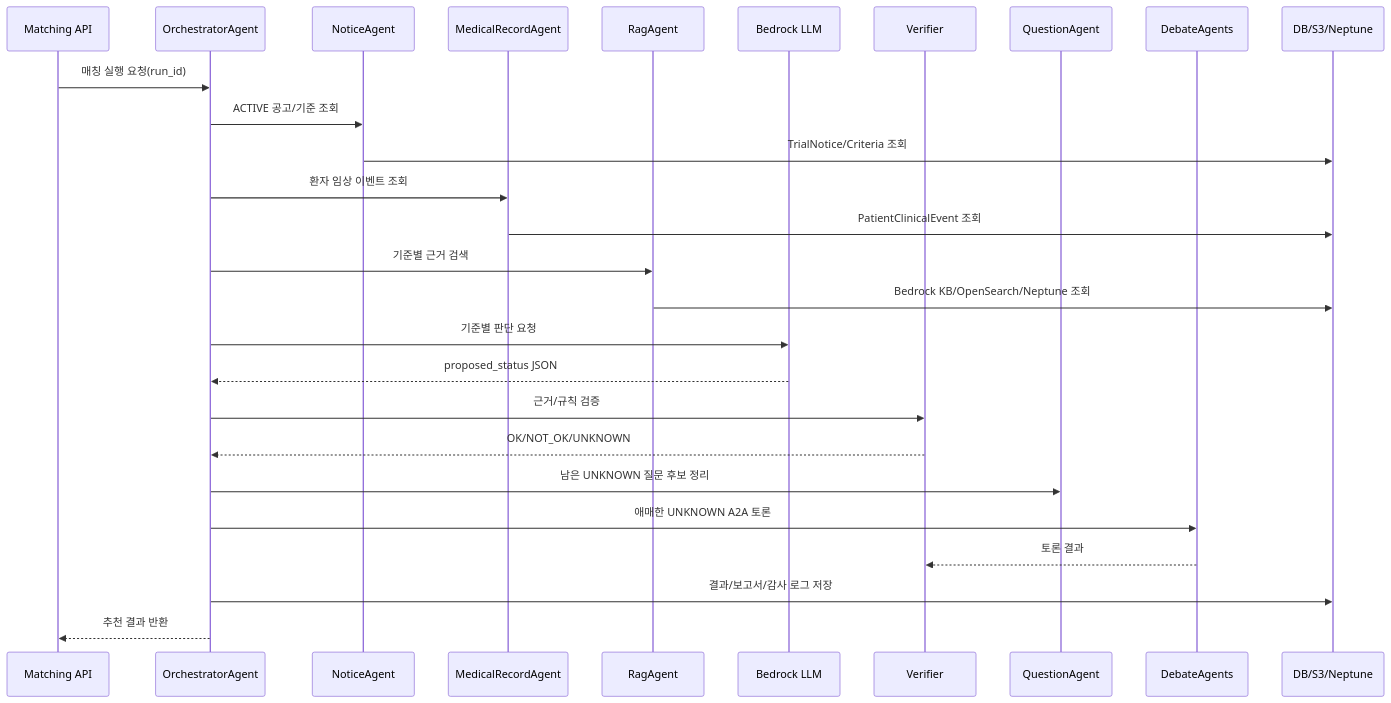
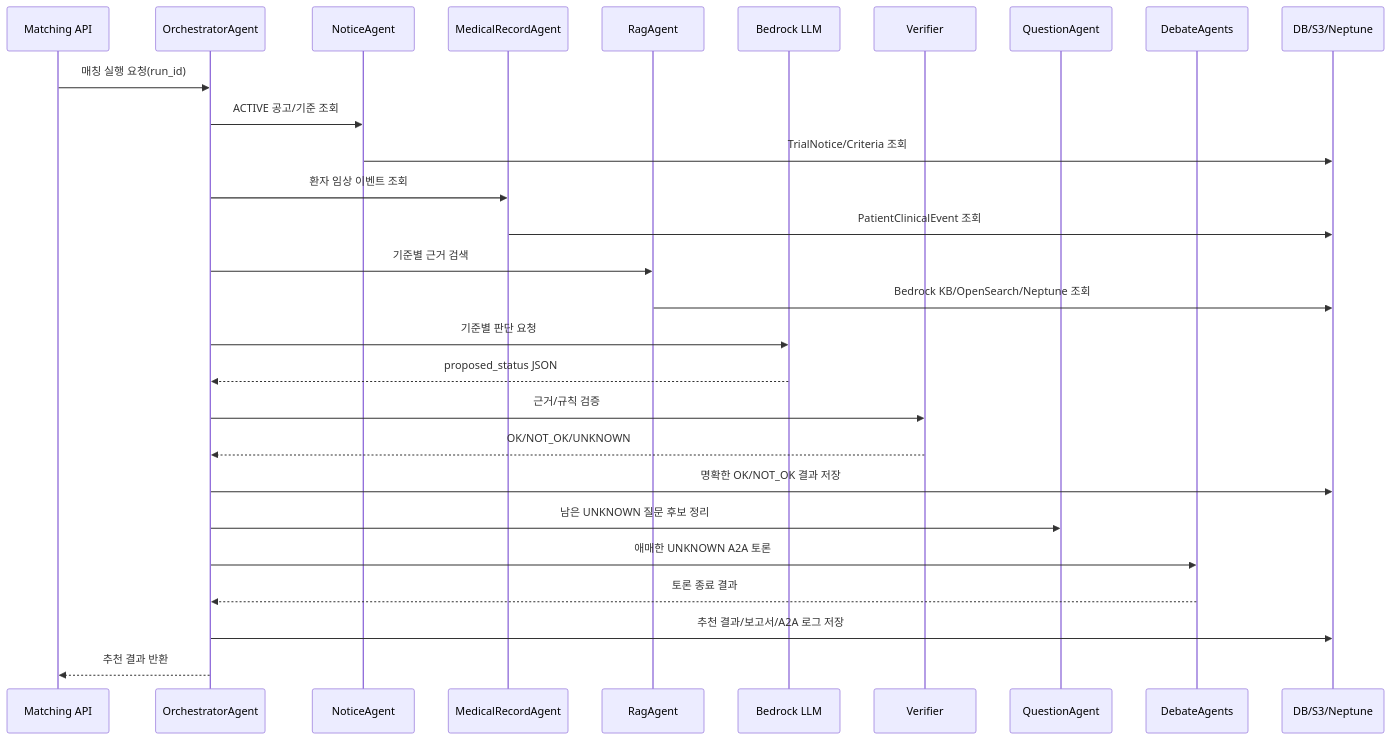
Before and after one commit to 1jaekim/AWS_Healthcare: the fourth of 5 diagrams in doc/ARCHITECTURE_V2.md, drawn with Mermaid. The commit also changed other lines of this file and 1 other file, not shown here.

````diff
--- a/doc/ARCHITECTURE_V2.md
+++ b/doc/ARCHITECTURE_V2.md
@@ -248,30 +248,31 @@
 ```mermaid
 sequenceDiagram
     participant API as Matching API
     participant ORCH as OrchestratorAgent
     participant NOTICE as NoticeAgent
     participant EMR as MedicalRecordAgent
     participant RAG as RagAgent
     participant LLM as Bedrock LLM
     participant VERIFY as Verifier
     participant Q as QuestionAgent
     participant D as DebateAgents
     participant DB as DB/S3/Neptune
 
     API->>ORCH: 매칭 실행 요청(run_id)
     ORCH->>NOTICE: ACTIVE 공고/기준 조회
     NOTICE->>DB: TrialNotice/Criteria 조회
     ORCH->>EMR: 환자 임상 이벤트 조회
     EMR->>DB: PatientClinicalEvent 조회
     ORCH->>RAG: 기준별 근거 검색
     RAG->>DB: Bedrock KB/OpenSearch/Neptune 조회
     ORCH->>LLM: 기준별 판단 요청
     LLM-->>ORCH: proposed_status JSON
     ORCH->>VERIFY: 근거/규칙 검증
     VERIFY-->>ORCH: OK/NOT_OK/UNKNOWN
+    ORCH->>DB: 명확한 OK/NOT_OK 결과 저장
     ORCH->>Q: 남은 UNKNOWN 질문 후보 정리
     ORCH->>D: 애매한 UNKNOWN A2A 토론
-    D-->>VERIFY: 토론 결과
-    ORCH->>DB: 결과/보고서/감사 로그 저장
+    D-->>ORCH: 토론 종료 결과
+    ORCH->>DB: 추천 결과/보고서/A2A 로그 저장
     ORCH-->>API: 추천 결과 반환
 ```
````
